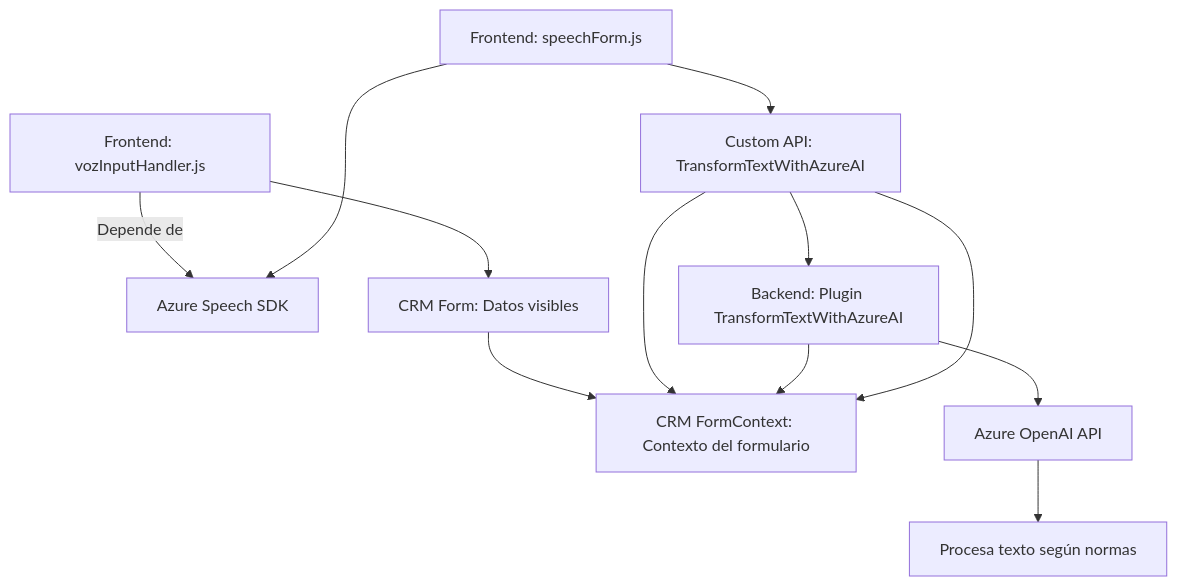
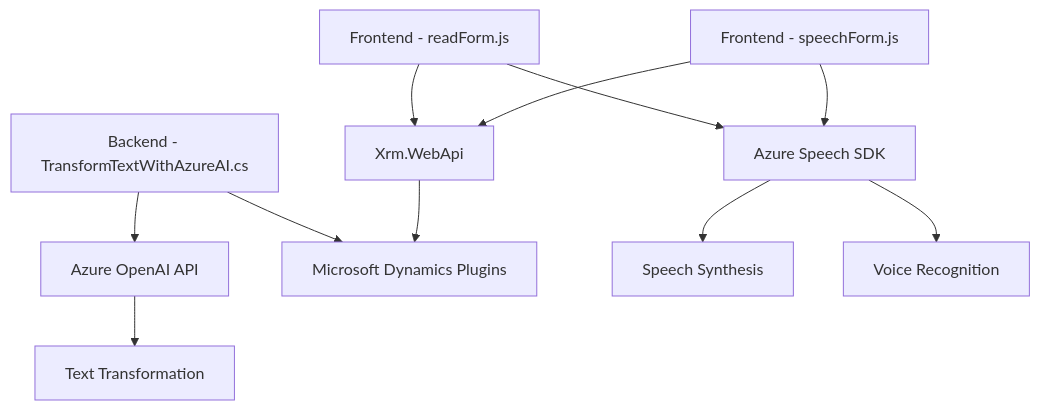
One commit to blopezdm/NETCORE_BILBAO2025 changed the diagram in README.md. Above: the diagram before and after it, drawn with Mermaid. The commit also changed other lines of this file, not shown here.

````diff
--- a/README.md
+++ b/README.md
@@ -44,14 +47,13 @@
 ```mermaid
 graph TD
-    A["Frontend: vozInputHandler.js"]-->|Depende de|B["Azure Speech SDK"]
-    C["Frontend: speechForm.js"]-->B
-    C-->D["Custom API: TransformTextWithAzureAI"]
-    A-->E["CRM Form: Datos visibles"]
-    E-->F["CRM FormContext: Contexto del formulario"]
-    D-->F
-    G["Backend: Plugin TransformTextWithAzureAI"]-->H["Azure OpenAI API"]
-    G-->F
-    H-->I["Procesa texto según normas"]
-    D-->F
-    D-->G
+    A["Frontend - readForm.js"] --> B["Azure Speech SDK"]
+    A --> C["Xrm.WebApi"]
+    D["Frontend - speechForm.js"] --> C
+    D --> B
+    E["Backend - TransformTextWithAzureAI.cs"] --> F["Azure OpenAI API"]
+    E --> G["Microsoft Dynamics Plugins"]
+    C --> G
+    B --> B1["Speech Synthesis"]
+    B --> B2["Voice Recognition"]
+    F --> F1["Text Transformation"]
 ```
````
